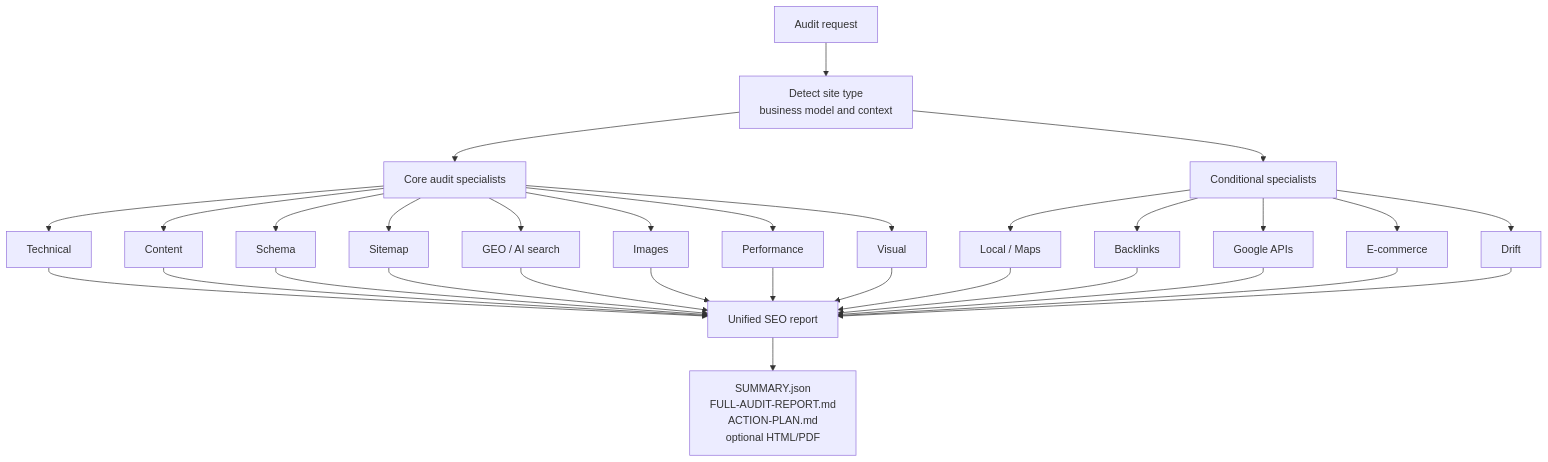
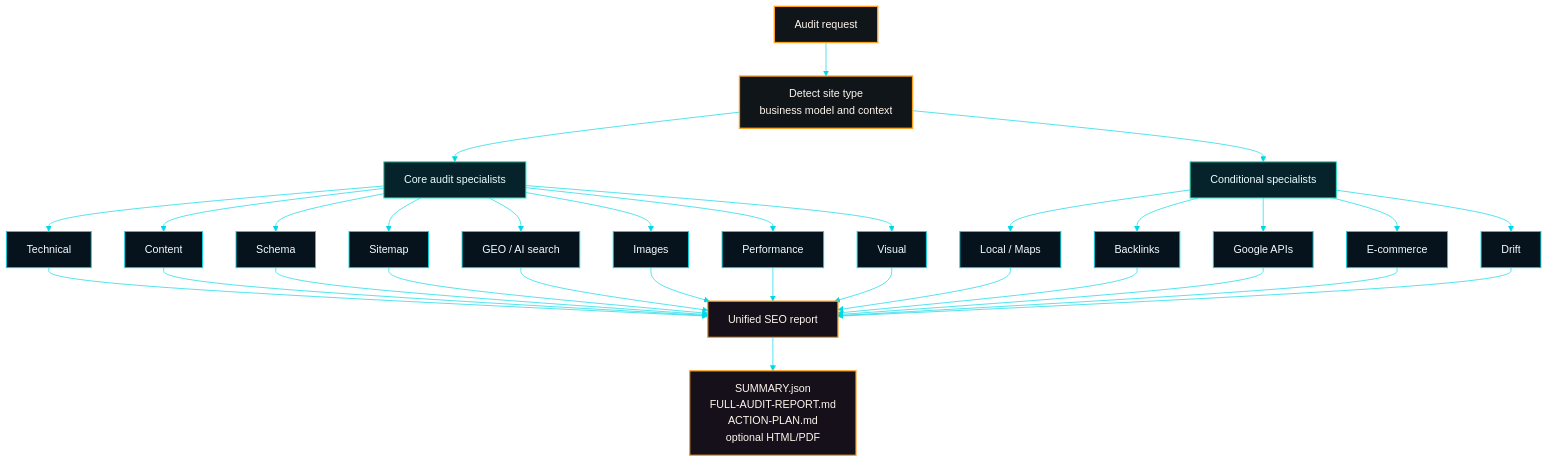
One commit to AgriciDaniel/codex-seo changed the second of 6 diagrams in README.md. Above: the diagram before and after it, drawn with Mermaid. The commit also changed other lines of this file, not shown here.

Commit message:
Style README diagrams with cover palette

````diff
--- a/README.md
+++ b/README.md
@@ -188,33 +196,41 @@
 ```mermaid
+%%{init: {"theme":"base","themeVariables":{"background":"#05080d","primaryColor":"#07131c","primaryTextColor":"#f5fbff","primaryBorderColor":"#00d7e6","lineColor":"#00d7e6","secondaryColor":"#06222a","tertiaryColor":"#ff9f1c","edgeLabelBackground":"#05080d","fontFamily":"Inter, ui-sans-serif, system-ui, sans-serif"}}}%%
 flowchart TD
   request["Audit request"] --> detect["Detect site type<br/>business model and context"]
   detect --> core["Core audit specialists"]
   core --> technical["Technical"]
   core --> content["Content"]
   core --> schema["Schema"]
   core --> sitemap["Sitemap"]
   core --> geo["GEO / AI search"]
   core --> images["Images"]
   core --> performance["Performance"]
   core --> visual["Visual"]
   detect --> conditional["Conditional specialists"]
   conditional --> local["Local / Maps"]
   conditional --> backlinks["Backlinks"]
   conditional --> google["Google APIs"]
   conditional --> ecommerce["E-commerce"]
   conditional --> drift["Drift"]
   technical --> report["Unified SEO report"]
   content --> report
   schema --> report
   sitemap --> report
   geo --> report
   images --> report
   performance --> report
   visual --> report
   local --> report
   backlinks --> report
   google --> report
   ecommerce --> report
   drift --> report
   report --> artifacts["SUMMARY.json<br/>FULL-AUDIT-REPORT.md<br/>ACTION-PLAN.md<br/>optional HTML/PDF"]
+  class request,detect accent
+  class core,conditional data
+  class report,artifacts output
+  classDef default fill:#07131c,stroke:#00d7e6,color:#f5fbff,stroke-width:1.4px
+  classDef accent fill:#10151a,stroke:#ff9f1c,color:#fff7ed,stroke-width:2px
+  classDef data fill:#06222a,stroke:#21e6c1,color:#ecfeff,stroke-width:1.5px
+  classDef output fill:#15101a,stroke:#ff9f1c,color:#fff7ed,stroke-width:1.8px
 ```
````
